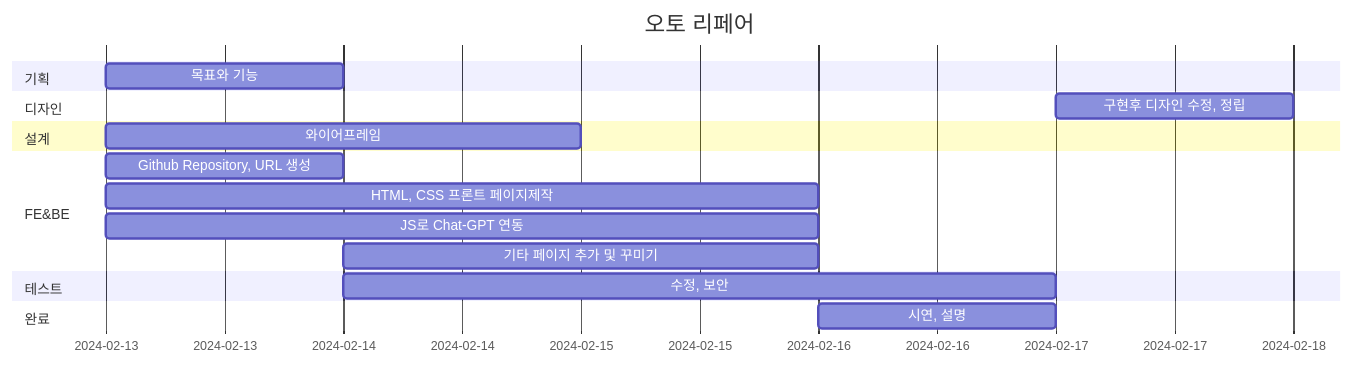
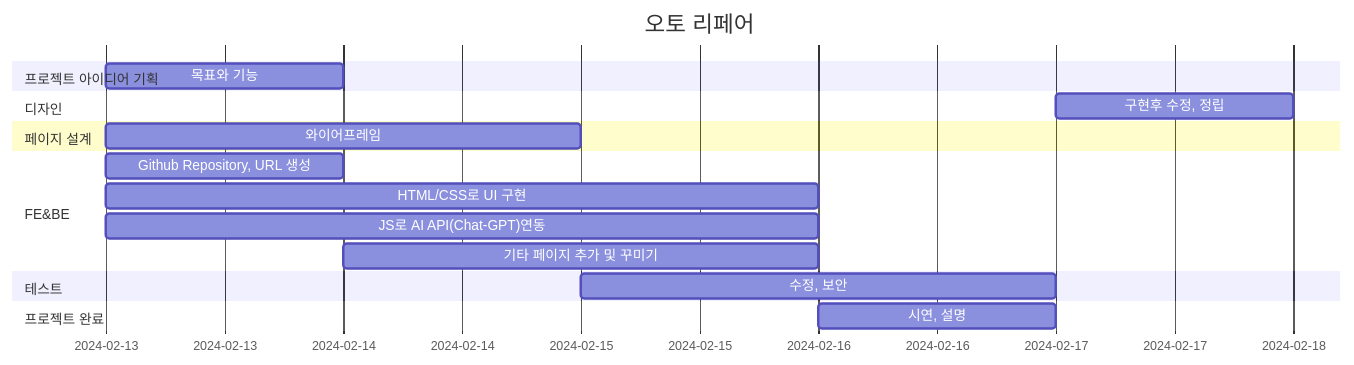
One commit to SungjaeS/auto_repair changed the second of 7 diagrams in README.md. Above: the diagram before and after it, drawn with Mermaid.

````diff
--- a/README.md
+++ b/README.md
@@ -293,20 +293,20 @@
 ```mermaid
 gantt
     title 오토 리페어
     dateFormat  YYYY-MM-DD
-    section 기획
+    section 프로젝트 아이디어 기획
     목표와 기능       :         2024-02-13, 1d
     section 디자인
-    구현후 디자인 수정, 정립       :         2024-02-17, 1d
-    section 설계
+    구현후 수정, 정립       :         2024-02-17, 1d
+    section 페이지 설계
     와이어프레임           :         2024-02-13, 2d
     section FE&BE
     Github Repository, URL 생성 	:         2024-02-13, 1d
-    HTML, CSS 프론트 페이지제작      :         2024-02-13, 3d
-    JS로 Chat-GPT 연동           :         2024-02-13, 3d
+    HTML/CSS로 UI 구현      :         2024-02-13, 3d
+    JS로 AI API(Chat-GPT)연동           :         2024-02-13, 3d
     기타 페이지 추가 및 꾸미기 :         2024-02-14, 2d
     section 테스트
-    수정, 보안                     :         2024-02-14, 3d
-    section 완료
+    수정, 보안                     :         2024-02-15, 2d
+    section 프로젝트 완료
     시연, 설명               :         2024-02-16, 1d
 ```
````
